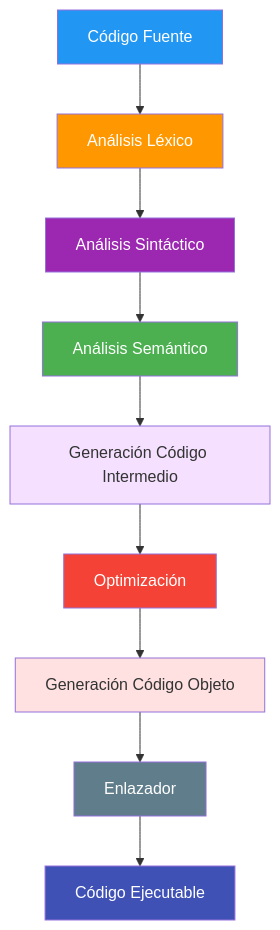
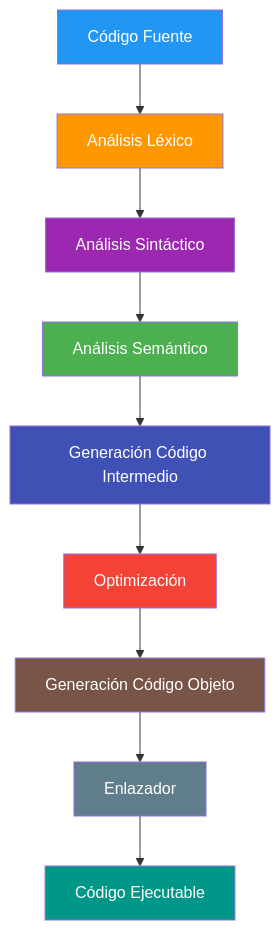
Before and after one commit to joseluisgs/EntornosDesarrollo-01-2026-2027: the fifth of 8 diagrams in 06-proceso-traduccion.md, drawn with Mermaid. The commit also changed other lines of this file, not shown here.

Commit message:
[fix] Punto 06: Mejoras didácticas, corrección de bloques, colores Mermaid y ASCII

````diff
--- a/06-proceso-traduccion.md
+++ b/06-proceso-traduccion.md
@@ -120,21 +126,20 @@
 ```mermaid
 graph TD
     A[Código Fuente] --> B[Análisis Léxico]
     B --> C[Análisis Sintáctico]
     C --> D[Análisis Semántico]
     D --> E[Generación Código Intermedio]
     E --> F[Optimización]
     F --> G[Generación Código Objeto]
     G --> H[Enlazador]
     H --> I[Código Ejecutable]
-
     style A fill:#2196F3,color:#fff
     style B fill:#FF9800,color:#fff
     style C fill:#9C27B0,color:#fff
     style D fill:#4CAF50,color:#fff
-    style E fill:#f5e1ff
+    style E fill:#3F51B5,color:#fff
     style F fill:#f44336,color:#fff
-    style G fill:#ffe1e1
+    style G fill:#795548,color:#fff
     style H fill:#607D8B,color:#fff
-    style I fill:#3F51B5,color:#fff
+    style I fill:#009688,color:#fff
 ```
````
